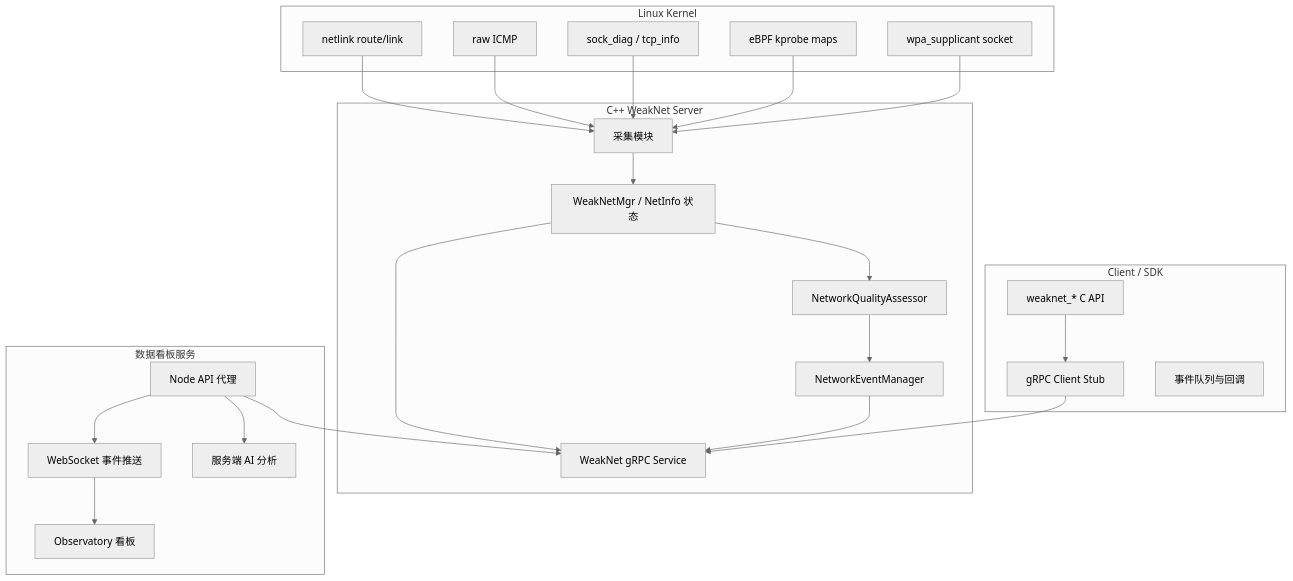
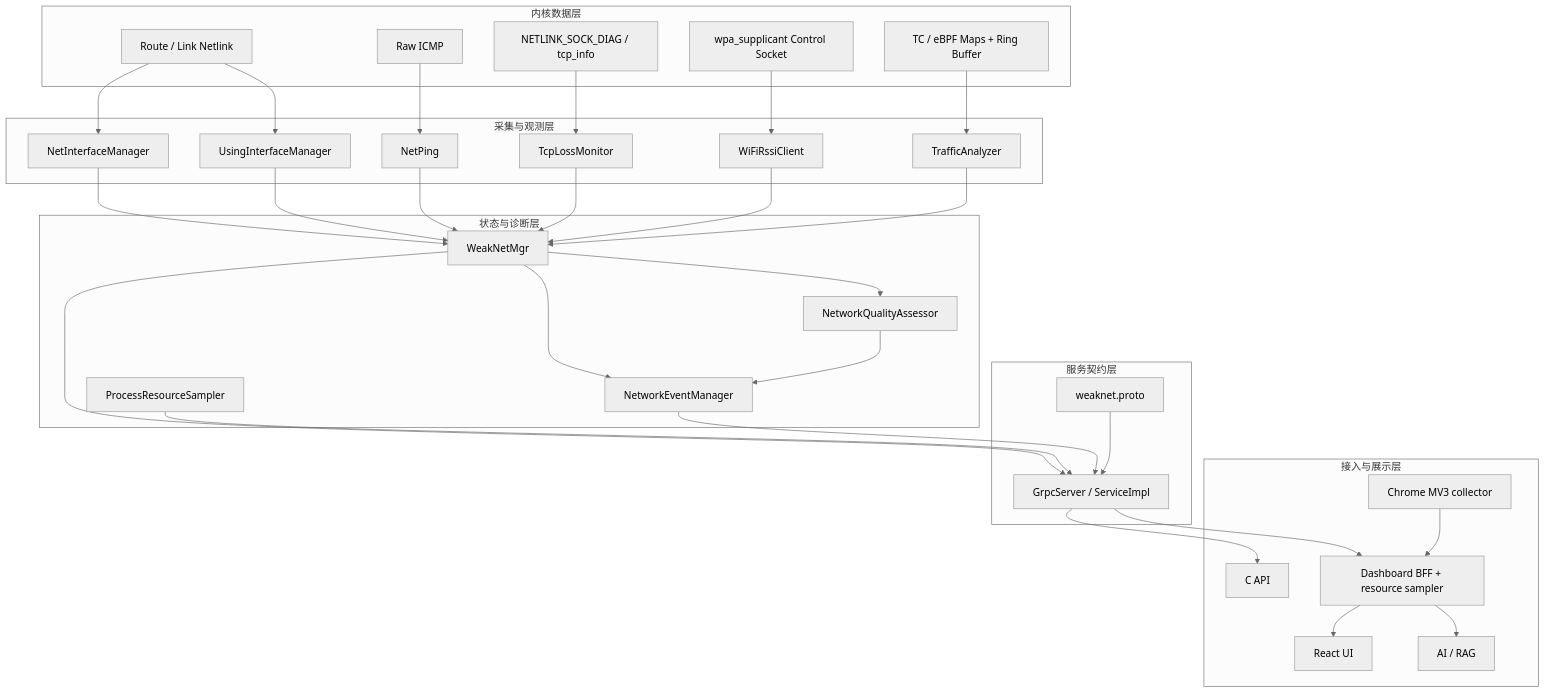
Before and after one commit to God1007/JaNet: the second of 15 diagrams in docs/network-diagnostics-engineering-architecture-review.md, drawn with Mermaid (neutral theme). The commit also changed other lines of this file and 44 other files, not shown here.

````diff
--- a/docs/network-diagnostics-engineering-architecture-review.md
+++ b/docs/network-diagnostics-engineering-architecture-review.md
@@ -127,48 +67,64 @@
 ```mermaid
 flowchart TB
-    subgraph Kernel["Linux Kernel"]
-        NL["netlink route/link"]
-        ICMP["raw ICMP"]
-        SD["sock_diag / tcp_info"]
-        BPF["eBPF kprobe maps"]
-        WPA["wpa_supplicant socket"]
+    subgraph L1["内核数据层"]
+        NL["Route / Link Netlink"]
+        ICMP["Raw ICMP"]
+        DIAG["NETLINK_SOCK_DIAG / tcp_info"]
+        WPA["wpa_supplicant Control Socket"]
+        BPF["TC / eBPF Maps + Ring Buffer"]
     end
 
-    subgraph Server["C++ WeakNet Server"]
-        Collect["采集模块"]
-        State["WeakNetMgr / NetInfo 状态"]
+    subgraph L2["采集与观测层"]
+        Iface["NetInterfaceManager"]
+        Using["UsingInterfaceManager"]
+        Ping["NetPing"]
+        Rssi["WiFiRssiClient"]
+        Tcp["TcpLossMonitor"]
+        Traffic["TrafficAnalyzer"]
+    end
+
+    subgraph L3["状态与诊断层"]
+        Manager["WeakNetMgr"]
         Quality["NetworkQualityAssessor"]
         Events["NetworkEventManager"]
-        GRPC["WeakNet gRPC Service"]
+        EngineRes["ProcessResourceSampler"]
     end
 
-    subgraph Client["Client / SDK"]
-        CAPI["weaknet_* C API"]
-        Stub["gRPC Client Stub"]
-        Queue["事件队列与回调"]
+    subgraph L4["服务契约层"]
+        Proto["weaknet.proto"]
+        Grpc["GrpcServer / ServiceImpl"]
     end
 
-    subgraph Dashboard["数据看板服务"]
-        API["Node API 代理"]
-        WS["WebSocket 事件推送"]
-        UI["Observatory 看板"]
-        AI["服务端 AI 分析"]
+    subgraph L5["接入与展示层"]
+        CApi["C API"]
+        Extension["Chrome MV3 collector"]
+        Node["Dashboard BFF + resource sampler"]
+        UI["React UI"]
+        Diagnose["AI / RAG"]
     end
 
-    NL --> Collect
-    ICMP --> Collect
-    SD --> Collect
-    BPF --> Collect
-    WPA --> Collect
-    Collect --> State
-    State --> Quality
+    NL --> Iface
+    NL --> Using
+    ICMP --> Ping
+    DIAG --> Tcp
+    WPA --> Rssi
+    BPF --> Traffic
+    Iface --> Manager
+    Using --> Manager
+    Ping --> Manager
+    Tcp --> Manager
+    Rssi --> Manager
+    Traffic --> Manager
+    Manager --> Quality
+    Manager --> Events
     Quality --> Events
-    State --> GRPC
-    Events --> GRPC
-    CAPI --> Stub
-    Stub --> GRPC
-    API --> GRPC
-    API --> WS
-    WS --> UI
-    API --> AI
+    Manager --> Grpc
+    EngineRes --> Grpc
+    Events --> Grpc
+    Proto --> Grpc
+    Grpc --> CApi
+    Grpc --> Node
+    Extension --> Node
+    Node --> UI
+    Node --> Diagnose
 ```
````
